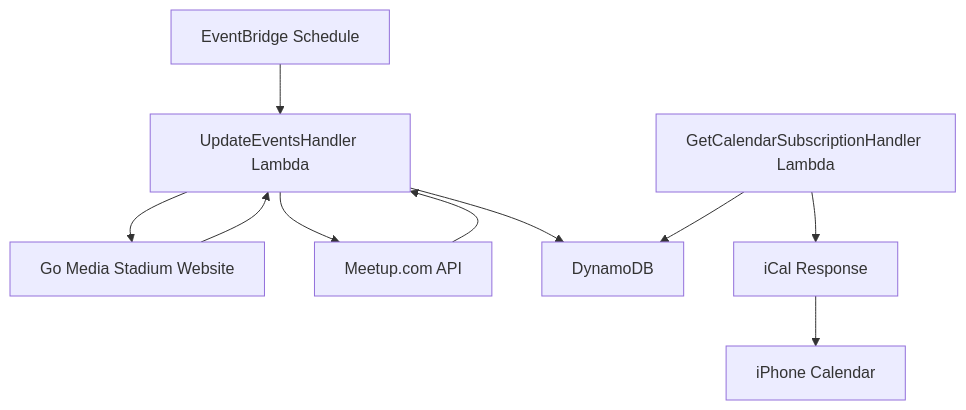
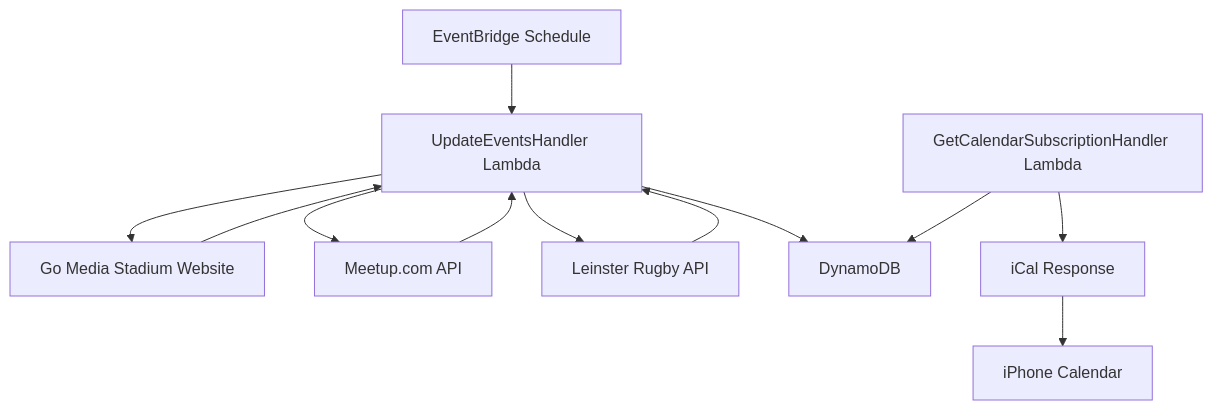
The diagram in event_calendar_api/README.md (jordansimsmith/jordansimsmith-com), drawn with Mermaid before and after one commit. The commit also changed other lines of this file and 14 other files, not shown here.

Commit message:
Add Leinster Rugby fixtures to event_calendar_api

````diff
--- a/event_calendar_api/README.md
+++ b/event_calendar_api/README.md
@@ -7,12 +7,14 @@
 ```mermaid
 graph TD
   A[EventBridge Schedule] --> B[UpdateEventsHandler Lambda]
   B --> C[Go Media Stadium Website]
   C --> B
   B --> D[Meetup.com API]
   D --> B
+  B --> I[Leinster Rugby API]
+  I --> B
   B --> E[DynamoDB]
   F[GetCalendarSubscriptionHandler Lambda] --> E
   F --> G[iCal Response]
   G --> H[iPhone Calendar]
 ```
````
